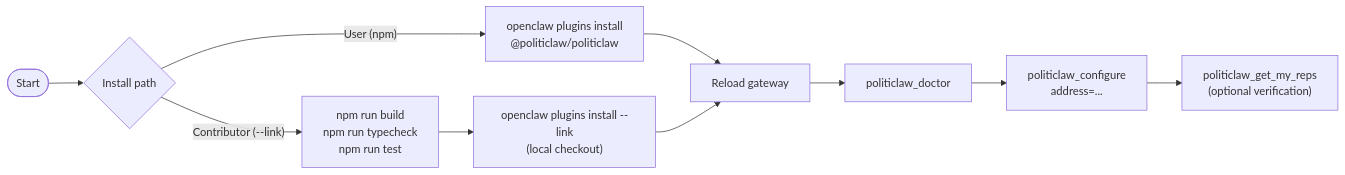
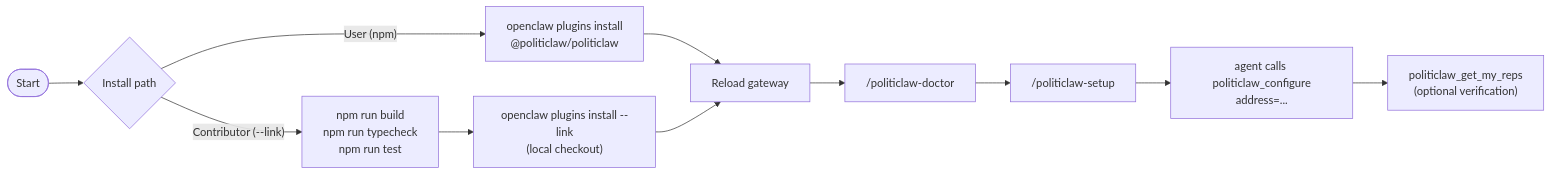
The diagram in apps/docs/guide/installation-and-verification.md (arippberger/PolitiClaw), drawn with Mermaid before and after one commit. The commit also changed other lines of this file and 10 other files, not shown here.

````diff
--- a/apps/docs/guide/installation-and-verification.md
+++ b/apps/docs/guide/installation-and-verification.md
@@ -3,12 +3,13 @@
 ```mermaid
 flowchart LR
   start([Start]) --> path{"Install path"}
   path -->|"User (npm)"| npmInstall["openclaw plugins install<br/>@politiclaw/politiclaw"]
   path -->|"Contributor (--link)"| checks["npm run build<br/>npm run typecheck<br/>npm run test"]
   checks --> linkInstall["openclaw plugins install --link<br/>(local checkout)"]
   npmInstall --> reload["Reload gateway"]
   linkInstall --> reload
-  reload --> doctor["politiclaw_doctor"]
-  doctor --> configure["politiclaw_configure<br/>address=..."]
+  reload --> doctor["/politiclaw-doctor"]
+  doctor --> setup["/politiclaw-setup"]
+  setup --> configure["agent calls politiclaw_configure<br/>address=..."]
   configure --> reps["politiclaw_get_my_reps<br/>(optional verification)"]
 ```
````
